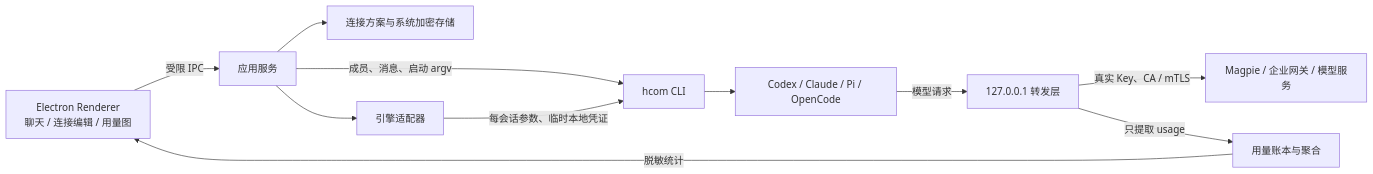
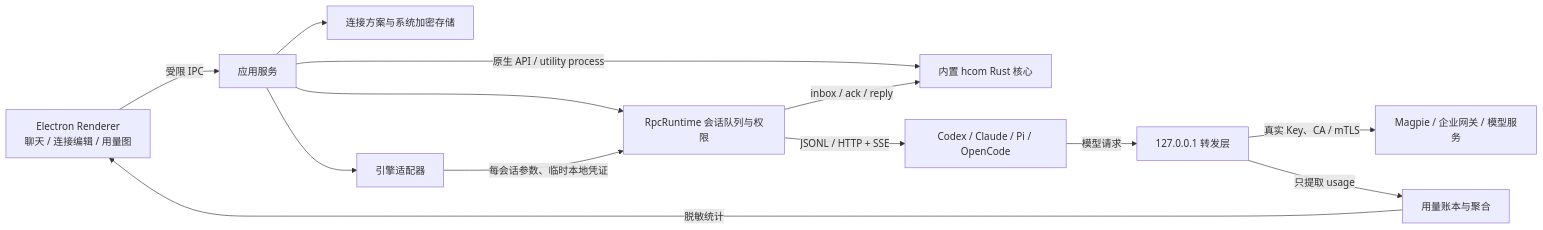
Before and after one commit to Slmplez/AgentRoom: the diagram in ARCHITECTURE.md, drawn with Mermaid. The commit also changed other lines of this file and 273 other files, not shown here.

````diff
--- a/ARCHITECTURE.md
+++ b/ARCHITECTURE.md
@@ -5,13 +7,15 @@
 ```mermaid
 flowchart LR
     UI[Electron Renderer\n聊天 / 连接编辑 / 用量图] -->|受限 IPC| App[应用服务]
-    App -->|成员、消息、启动 argv| H[hcom CLI]
-    H --> Agents[Codex / Claude / Pi / OpenCode]
+    App -->|原生 API / utility process| H[内置 hcom Rust 核心]
+    App --> Runtime[RpcRuntime 会话队列与权限]
+    Runtime -->|JSONL / HTTP + SSE| Agents[Codex / Claude / Pi / OpenCode]
+    Runtime -->|inbox / ack / reply| H
     App --> Profiles[连接方案与系统加密存储]
     App --> Adapters[引擎适配器]
-    Adapters -->|每会话参数、临时本地凭证| H
+    Adapters -->|每会话参数、临时本地凭证| Runtime
     Agents -->|模型请求| Gateway[127.0.0.1 转发层]
     Gateway -->|真实 Key、CA / mTLS| Upstream[Magpie / 企业网关 / 模型服务]
     Gateway -->|只提取 usage| Usage[用量账本与聚合]
     Usage -->|脱敏统计| UI
 ```
````
